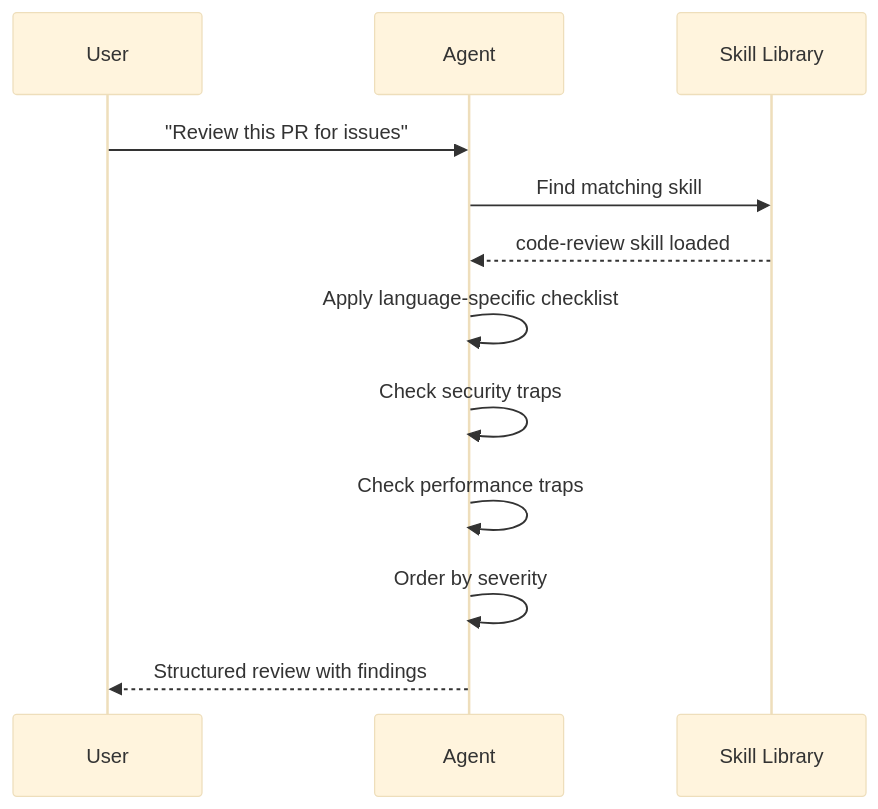
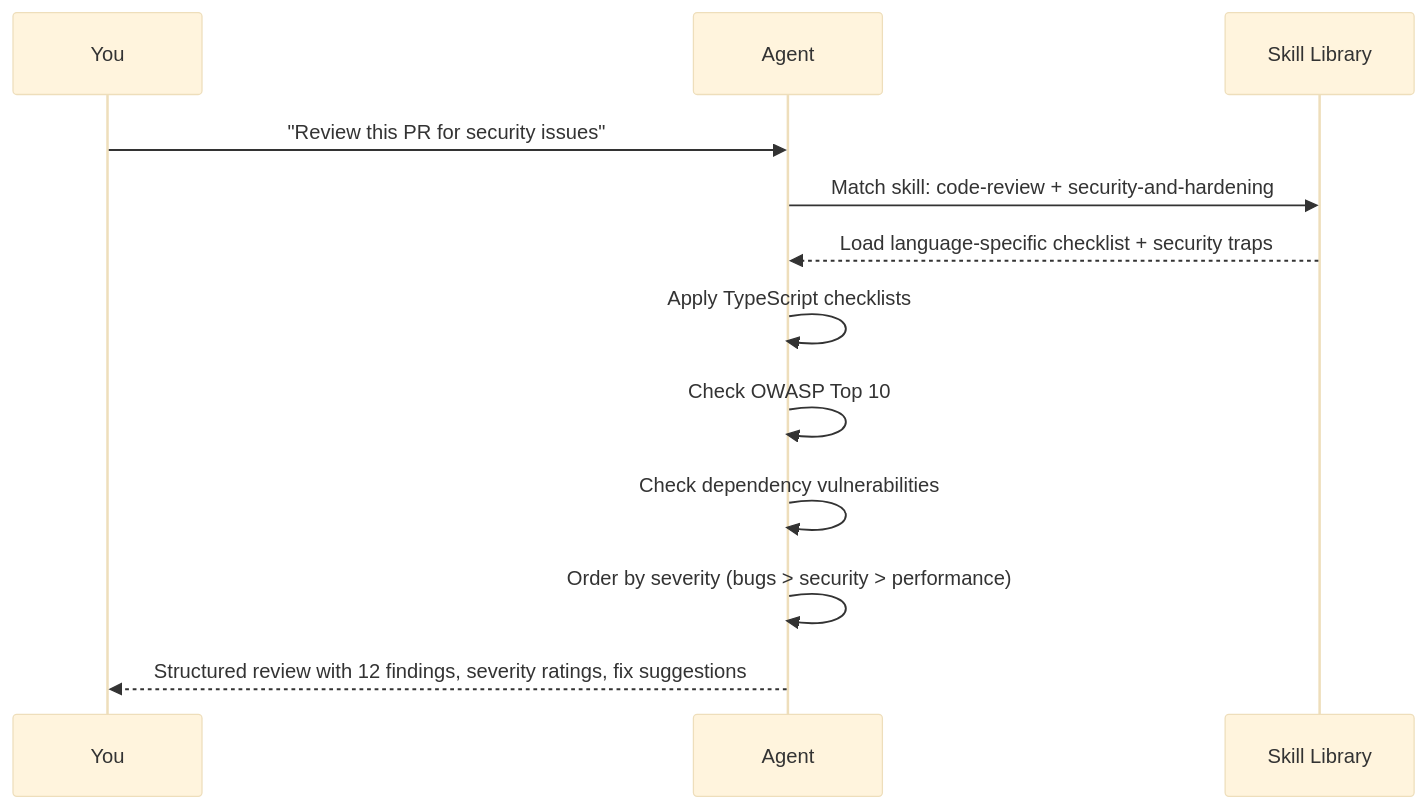
One commit to shivamsingh-007/Skill-is-All-you-Need changed the diagram in README.md. Above: the diagram before and after it, drawn with Mermaid (base theme). The commit also changed other lines of this file and 2082 other files, not shown here.

````diff
--- a/README.md
+++ b/README.md
@@ -399,15 +481,15 @@
 ```mermaid
 sequenceDiagram
-    participant U as User
+    participant U as You
     participant A as Agent
     participant S as Skill Library
     
-    U->>A: "Review this PR for issues"
-    A->>S: Find matching skill
-    S-->>A: code-review skill loaded
-    A->>A: Apply language-specific checklist
-    A->>A: Check security traps
-    A->>A: Check performance traps
-    A->>A: Order by severity
-    A-->>U: Structured review with findings
+    U->>A: "Review this PR for security issues"
+    A->>S: Match skill: code-review + security-and-hardening
+    S-->>A: Load language-specific checklist + security traps
+    A->>A: Apply TypeScript checklists
+    A->>A: Check OWASP Top 10
+    A->>A: Check dependency vulnerabilities
+    A->>A: Order by severity (bugs > security > performance)
+    A-->>U: Structured review with 12 findings, severity ratings, fix suggestions
 ```
````
